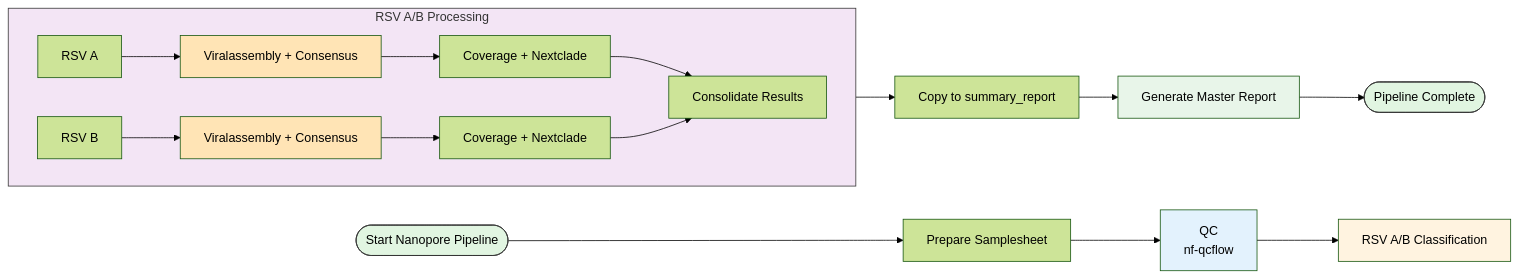
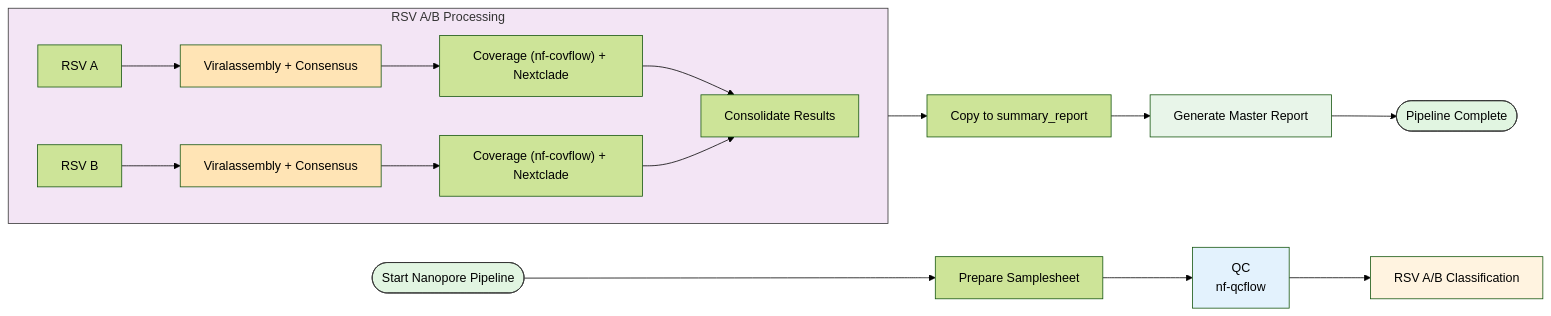
The second of 2 diagrams in README.md (xiaoli-dong/rsv-analyzer), drawn with Mermaid (forest theme) before and after one commit. The commit also changed other lines of this file, not shown here.

Commit message:
Update coverage references in README.md

````diff
--- a/README.md
+++ b/README.md
@@ -49,33 +49,33 @@
 ```mermaid
 flowchart LR
     %% Main Pipeline
     Start2([Start Nanopore Pipeline]) --> Step1n[Prepare Samplesheet]
     Step1n --> Step2n[QC <br>nf-qcflow]
     Step2n --> Step3n[RSV A/B Classification]
 
     %% RSV A/B Processing Branches
     subgraph RSV_Branches["RSV A/B Processing"]
         direction LR
         A2["RSV A"] --> VA2["Viralassembly + Consensus"]
         B2["RSV B"] --> VB2["Viralassembly + Consensus"]
-        VA2 --> CA2["Coverage + Nextclade"]
-        VB2 --> CB2["Coverage + Nextclade"]
+        VA2 --> CA2["Coverage (nf-covflow) + Nextclade"]
+        VB2 --> CB2["Coverage (nf-covflow) + Nextclade"]
         CA2 --> Merge2["Consolidate Results"]
         CB2 --> Merge2
     end
 
     %% Final Steps
     Merge2 --> Copy2["Copy to summary_report"]
     Copy2 --> Final2["Generate Master Report"]
     Final2 --> End2([Pipeline Complete])
 
     %% Styling
     style Start2 fill:#e1f5e1,stroke:#333
     style End2 fill:#e1f5e1,stroke:#333
     style Step2n fill:#e3f2fd
     style Step3n fill:#fff3e0
     style RSV_Branches fill:#f3e5f5,stroke:#333
     style VA2 fill:#ffe4b5
     style VB2 fill:#ffe4b5
     style Final2 fill:#e8f5e9
 ```
````
